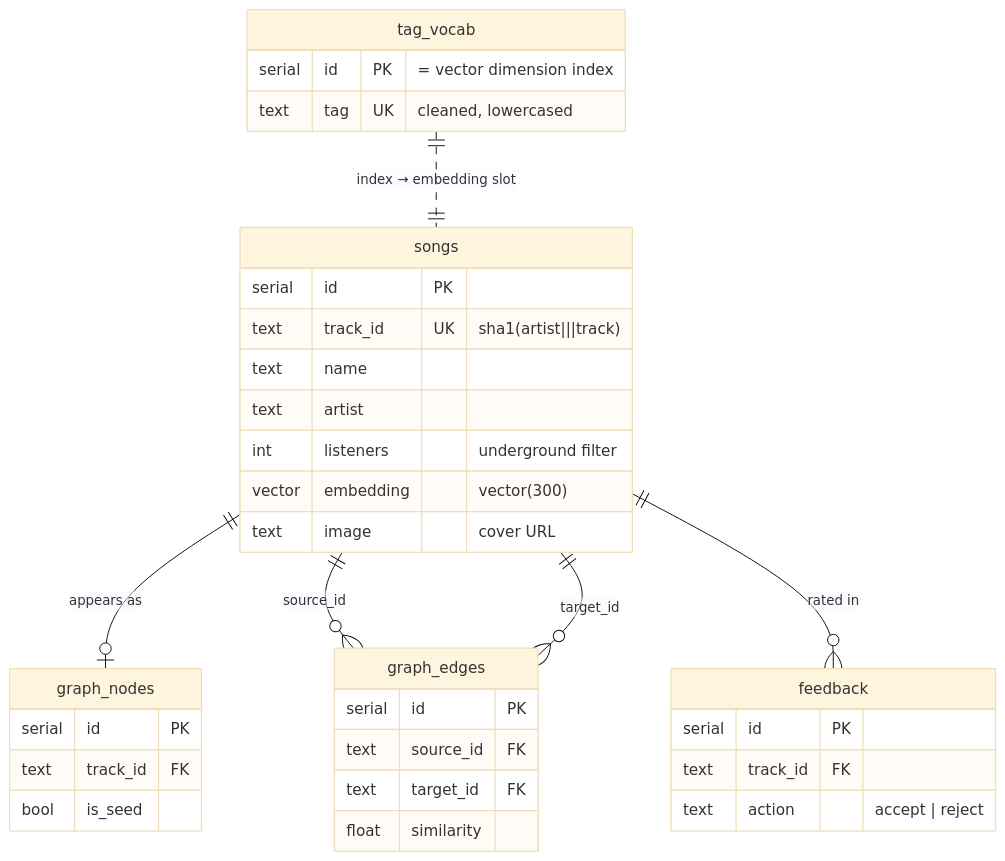
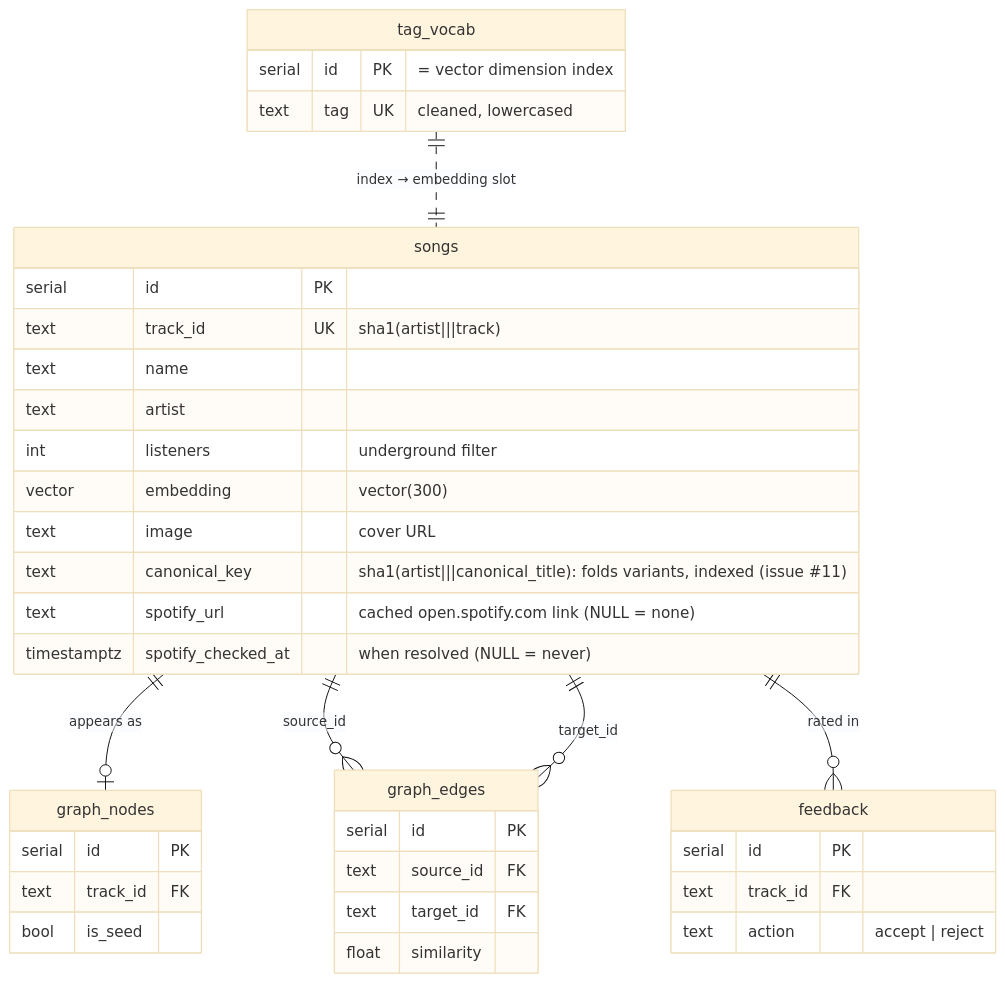
One commit to pedro-boudoux/discover changed the second of 13 diagrams in ARCHITECTURE.md. Above: the diagram before and after it, drawn with Mermaid (base theme). The commit also changed other lines of this file, not shown here.

First line of the commit message:
Sync ARCHITECTURE.md with current code

````diff
--- a/ARCHITECTURE.md
+++ b/ARCHITECTURE.md
@@ -86,38 +96,41 @@
 ```mermaid
 erDiagram
     songs {
         serial id PK
         text track_id UK "sha1(artist|||track)"
         text name
         text artist
         int listeners "underground filter"
         vector embedding "vector(300)"
         text image "cover URL"
+        text canonical_key "sha1(artist|||canonical_title): folds variants, indexed (issue #11)"
+        text spotify_url "cached open.spotify.com link (NULL = none)"
+        timestamptz spotify_checked_at "when resolved (NULL = never)"
     }
     tag_vocab {
         serial id PK "= vector dimension index"
         text tag UK "cleaned, lowercased"
     }
     graph_nodes {
         serial id PK
         text track_id FK
         bool is_seed
     }
     graph_edges {
         serial id PK
         text source_id FK
         text target_id FK
         float similarity
     }
     feedback {
         serial id PK
         text track_id FK
         text action "accept | reject"
     }
 
     songs ||--o| graph_nodes : "appears as"
     songs ||--o{ graph_edges : "source_id"
     songs ||--o{ graph_edges : "target_id"
     songs ||--o{ feedback : "rated in"
     tag_vocab ||..|| songs : "index → embedding slot"
 ```
````
